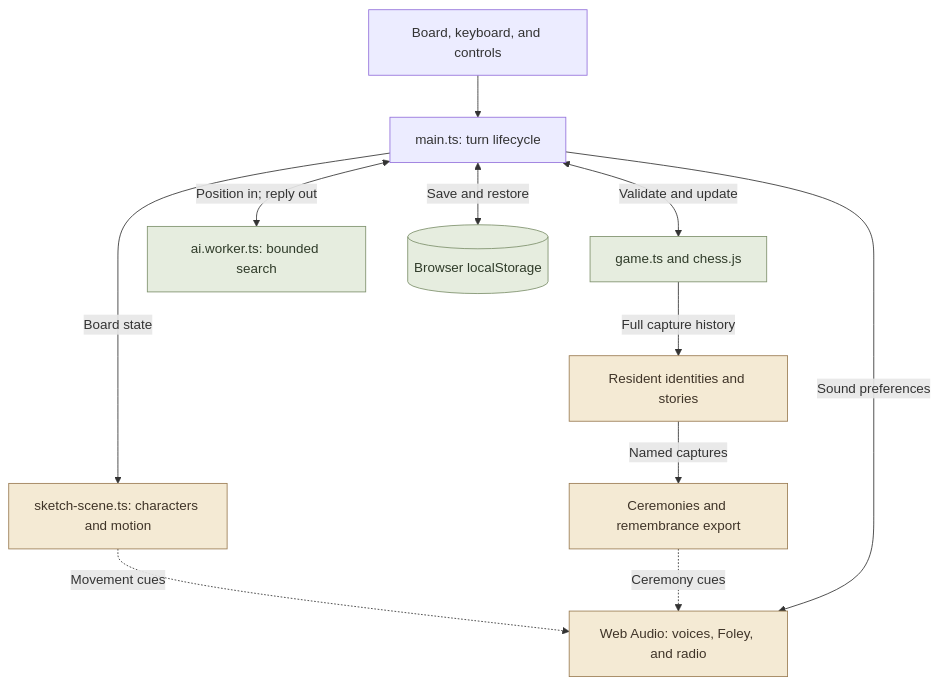
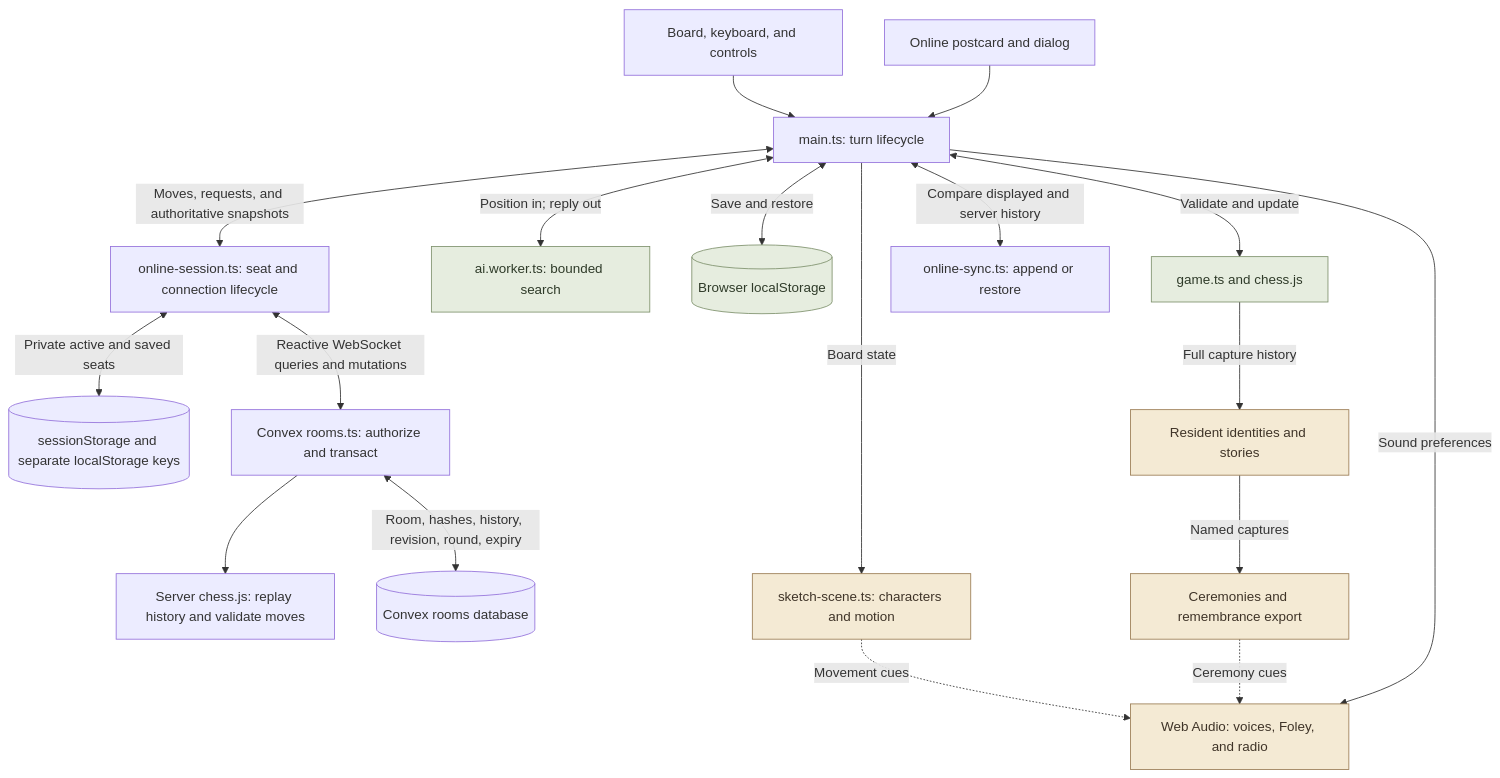
The third of 4 diagrams in README.md (Davidson3556/Paperwild), drawn with Mermaid before and after one commit. The commit also changed other lines of this file and 34 other files, not shown here.

Commit message:
Add Convex friend rooms with authoritative live chess

````diff
--- a/README.md
+++ b/README.md
@@ -132,18 +182,25 @@
 ```mermaid
 flowchart TD
     controls["Board, keyboard, and controls"] --> lifecycle["main.ts: turn lifecycle"]
     lifecycle <-->|"Validate and update"| rules["game.ts and chess.js"]
     lifecycle <-->|"Position in; reply out"| worker["ai.worker.ts: bounded search"]
     lifecycle <-->|"Save and restore"| saves[("Browser localStorage")]
+    postcard["Online postcard and dialog"] --> lifecycle
+    lifecycle <-->|"Moves, requests, and authoritative snapshots"| session["online-session.ts: seat and connection lifecycle"]
+    lifecycle <-->|"Compare displayed and server history"| sync["online-sync.ts: append or restore"]
+    session <-->|"Private active and saved seats"| seatStorage[("sessionStorage and separate localStorage keys")]
+    session <-->|"Reactive WebSocket queries and mutations"| rooms["Convex rooms.ts: authorize and transact"]
+    rooms --> serverRules["Server chess.js: replay history and validate moves"]
+    rooms <-->|"Room, hashes, history, revision, round, expiry"| database[("Convex rooms database")]
     lifecycle -->|"Board state"| scene["sketch-scene.ts: characters and motion"]
     rules -->|"Full capture history"| residents["Resident identities and stories"]
     residents -->|"Named captures"| memorials["Ceremonies and remembrance export"]
     scene -.->|"Movement cues"| audio["Web Audio: voices, Foley, and radio"]
     memorials -.->|"Ceremony cues"| audio
     lifecycle -->|"Sound preferences"| audio
 
     classDef local fill:#e6eddf,stroke:#7e916c,color:#2f3b29
     classDef story fill:#f4ead4,stroke:#9a7c53,color:#3f3428
     class saves,rules,worker local
     class scene,residents,memorials,audio story
 ```
````
